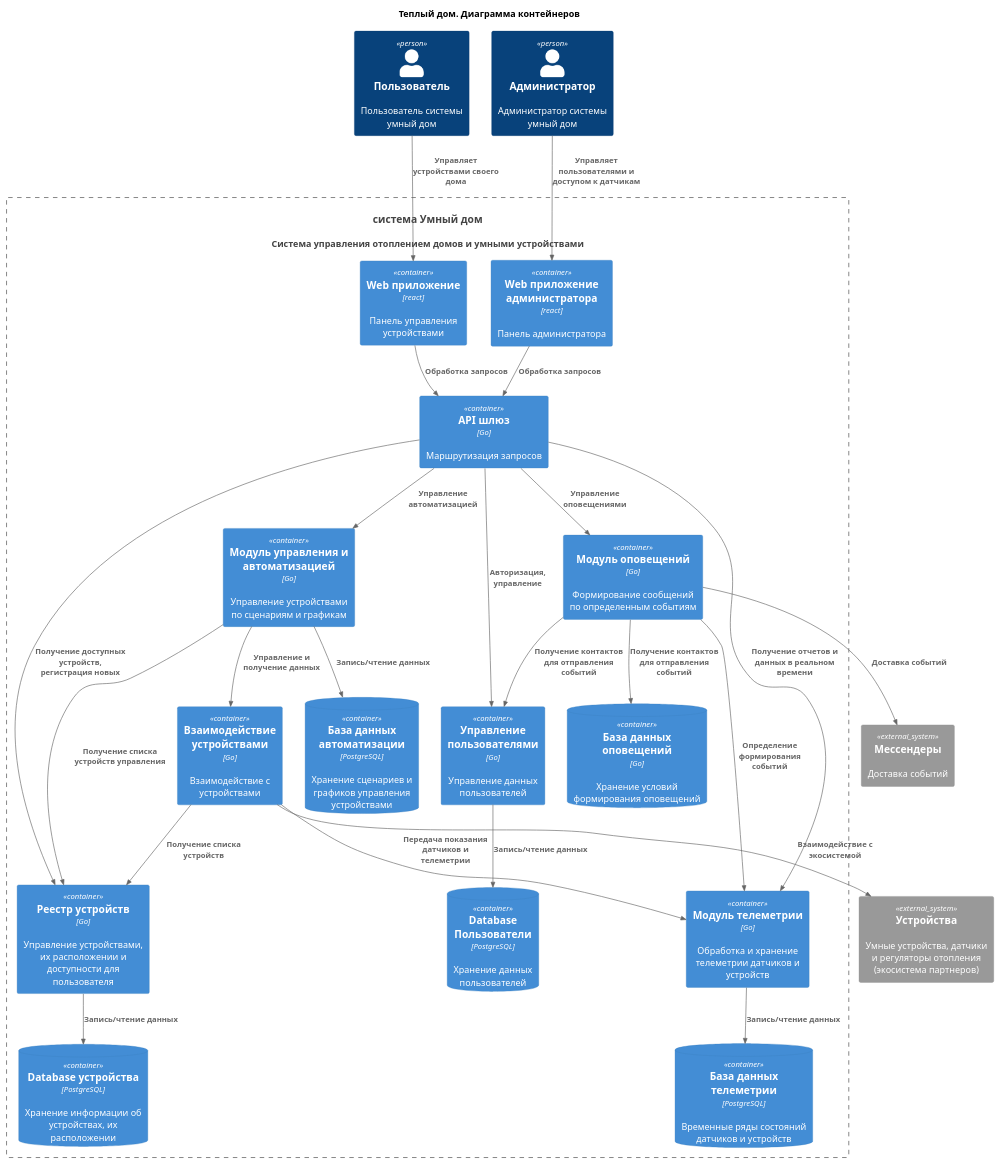
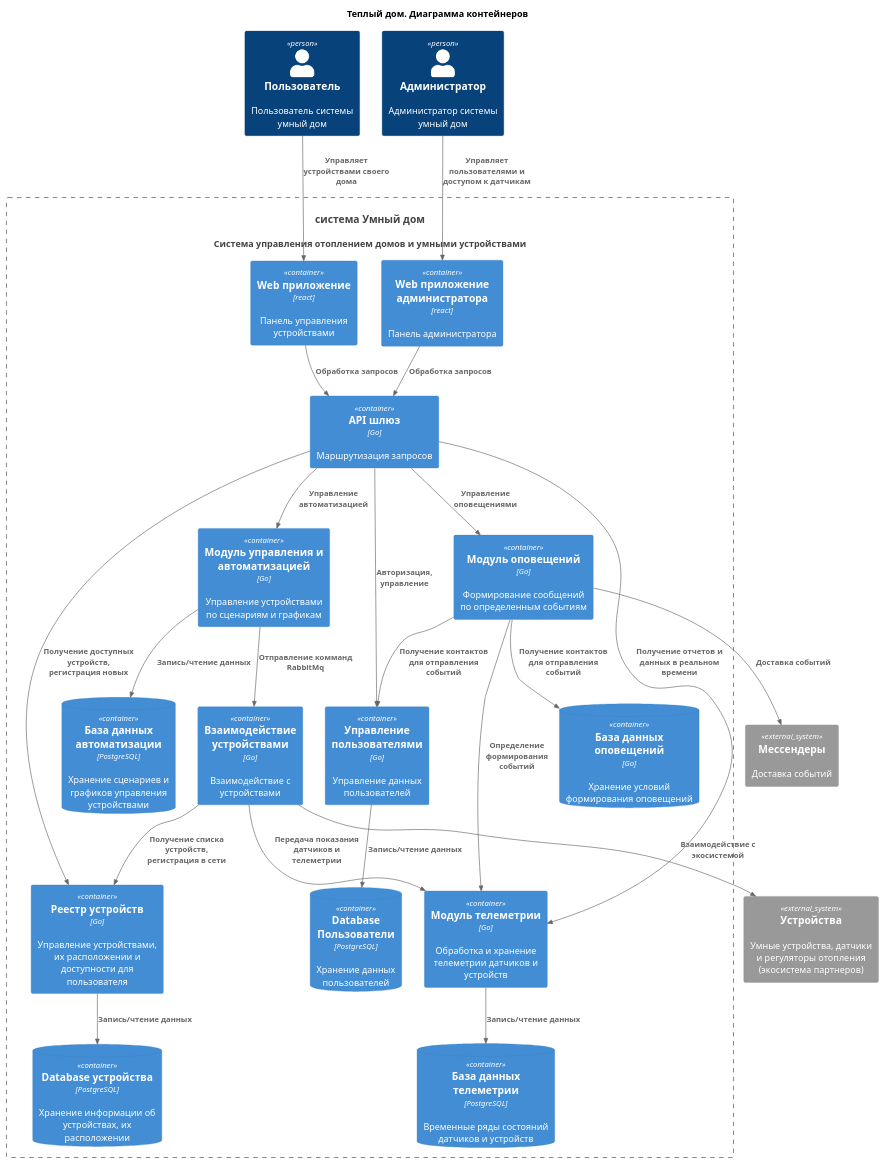
One commit to binaril/architecture-warmhouse changed the diagram in diagrams/C4.Containers.puml. Above: the diagram before and after it, drawn with PlantUML. The commit also changed 3 other files, not shown here.

Commit message:
Схемы компонентов готовы

```diff
--- a/diagrams/C4.Containers.puml
+++ b/diagrams/C4.Containers.puml
@@ -1,55 +1,54 @@
 @startuml
 title Теплый дом. Диаграмма контейнеров
 
 top to bottom direction
 
 !includeurl https://raw.githubusercontent.com/RicardoNiepel/C4-PlantUML/master/C4_Component.puml
 
 Person(user, "Пользователь", "Пользователь системы умный дом")
 Person(admin, "Администратор", "Администратор системы умный дом")
 System(SmartHouse, "система Умный дом", "Система управления отоплением домов и умными устройствами")
 
 Container_Boundary(SmartHouse, "FitLife System") {
   Container(WebApp, "Web приложение", "react", "Панель управления устройствами")
   Container(WebAppAdmin, "Web приложение администратора", "react", "Панель администратора")
   Container(GateWay, "API шлюз", "Go", "Маршрутизация запросов")
   Container(UserAccess, "Управление пользователями", "Go", "Управление данных пользователей")
   ContainerDb(UserAccessDb, "Database Пользователи", "PostgreSQL", "Хранение данных пользователей")
   Container(DeviceRepository, "Реестр устройств", "Go", "Управление устройствами, их расположении и доступности для пользователя")
   ContainerDb(DeviceRepositoryDb, "Database устройства", "PostgreSQL", "Хранение информации об устройствах, их расположении")
   Container(Automatic, "Модуль управления и автоматизацией", "Go", "Управление устройствами по сценариям и графикам")
   ContainerDb(AutomaticDb, "База данных автоматизации", "PostgreSQL", "Хранение сценариев и графиков управления устройствами")
   Container(Notification, "Модуль оповещений", "Go", "Формирование сообщений по определенным событиям")
   ContainerDb(NotificationDb, "База данных оповещений", "Go", "Хранение условий формирования оповещений")
   Container(Telemetry, "Модуль телеметрии", "Go", "Обработка и хранение телеметрии датчиков и устройств")
   ContainerDb(TelemetryDatabase, "База данных телеметрии", "PostgreSQL", "Временные ряды состояний датчиков и устройств")
   Container(DeviceControl, "Взаимодействие устройствами", "Go", "Взаимодействие с устройствами")    
 }
 
 System_Ext(SmartDevice, "Устройства", "Умные устройства, датчики и регуляторы отопления (экосистема партнеров)")
 System_Ext(Messengers, "Мессендеры", "Доставка событий")
 
 Rel(user, WebApp, "Управляет устройствами своего дома")
 Rel(admin, WebAppAdmin,"Управляет пользователями и доступом к датчикам")
 Rel(WebApp, GateWay, "Обработка запросов")
 Rel(WebAppAdmin, GateWay, "Обработка запросов")
 Rel(GateWay, UserAccess, "Авторизация, управление")
 Rel(GateWay, Telemetry, "Получение отчетов и данных в реальном времени")
 Rel(GateWay, Automatic, "Управление автоматизацией")
 Rel(GateWay, Notification, "Управление оповещениями")
 Rel(GateWay, DeviceRepository, "Получение доступных устройств, регистрация новых")
 Rel(UserAccess, UserAccessDb, "Запись/чтение данных")
 Rel(Telemetry,TelemetryDatabase,"Запись/чтение данных")
 Rel(Automatic, AutomaticDb, "Запись/чтение данных")
-Rel(Automatic, DeviceRepository, "Получение списка устройств управления")
-Rel(Automatic, DeviceControl, "Управление и получение данных")
+Rel(Automatic, DeviceControl, "Отправление комманд RabbitMq")
 Rel(Notification, Telemetry, "Определение формирования событий")
 Rel(Notification, Messengers, "Доставка событий")
 Rel(Notification, UserAccess, "Получение контактов для отправления событий")
 Rel(Notification, NotificationDb, "Получение контактов для отправления событий")
-Rel(DeviceControl, DeviceRepository, "Получение списка устройств")
+Rel(DeviceControl, DeviceRepository, "Получение списка устройств, регистрация в сети")
 Rel(DeviceControl, Telemetry, "Передача показания датчиков и телеметрии")
 Rel(DeviceControl,SmartDevice,"Взаимодействие с экосистемой")
 Rel(DeviceRepository, DeviceRepositoryDb, "Запись/чтение данных")
 
 @enduml
```
